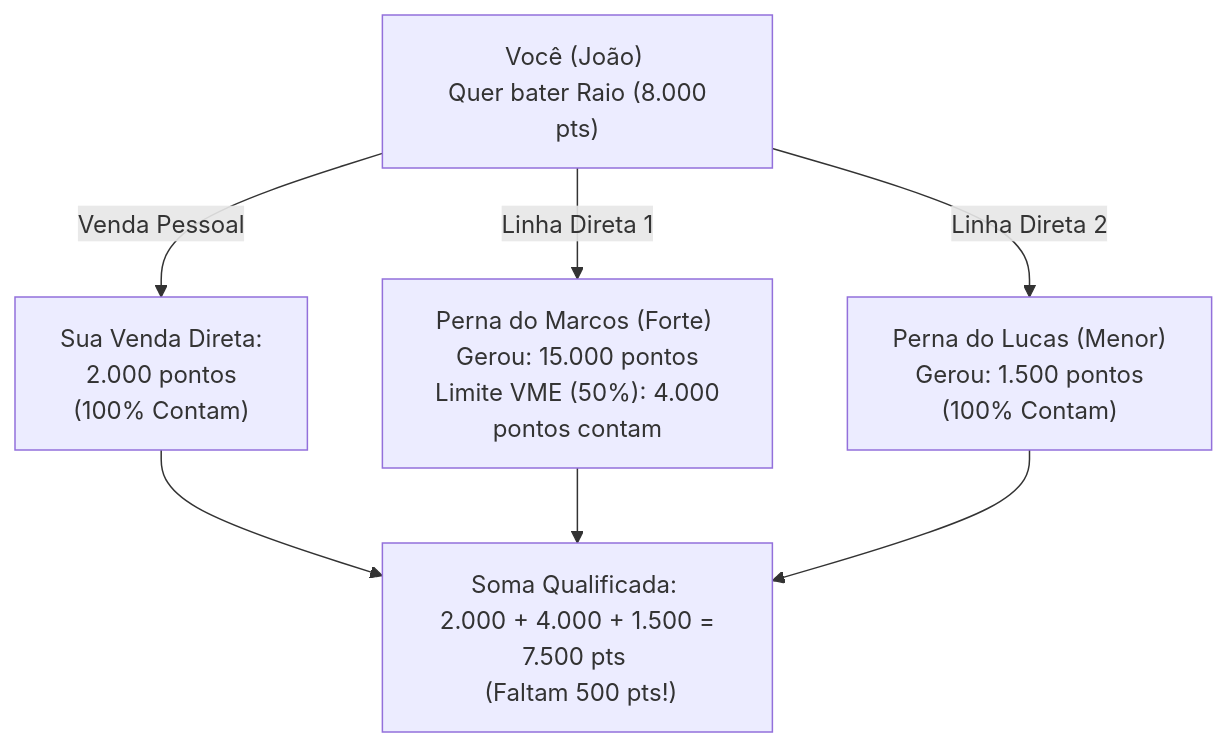
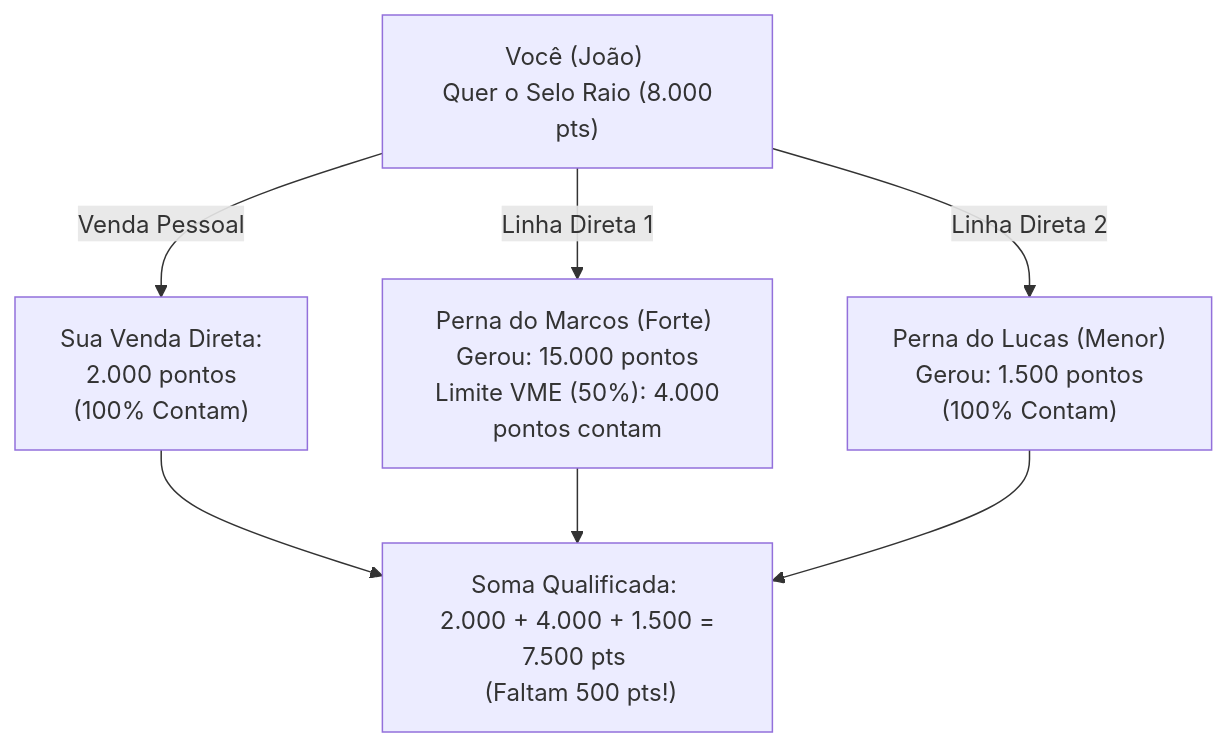
Before and after one commit to weslleysoaresuol-svg/esolenergy: the diagram in docs/manual_de_carreira_2026.md, drawn with Mermaid. The commit also changed other lines of this file and 1 other file, not shown here.

````diff
--- a/docs/manual_de_carreira_2026.md
+++ b/docs/manual_de_carreira_2026.md
@@ -65,9 +65,9 @@
 ```mermaid
 graph TD
-    Joao["Você (João) <br> Quer bater Raio (8.000 pts)"]
+    Joao["Você (João) <br> Quer o Selo Raio (8.000 pts)"]
     Joao -->|Venda Pessoal| VP["Sua Venda Direta: <br> 2.000 pontos <br> (100% Contam)"]
     Joao -->|Linha Direta 1| EquipeA["Perna do Marcos (Forte) <br> Gerou: 15.000 pontos <br> Limite VME (50%): 4.000 pontos contam"]
     Joao -->|Linha Direta 2| EquipeB["Perna do Lucas (Menor) <br> Gerou: 1.500 pontos <br> (100% Contam)"]
     
     VP & EquipeA & EquipeB --> Sum["Soma Qualificada: <br> 2.000 + 4.000 + 1.500 = 7.500 pts <br> (Faltam 500 pts!)"]
 ```
````
